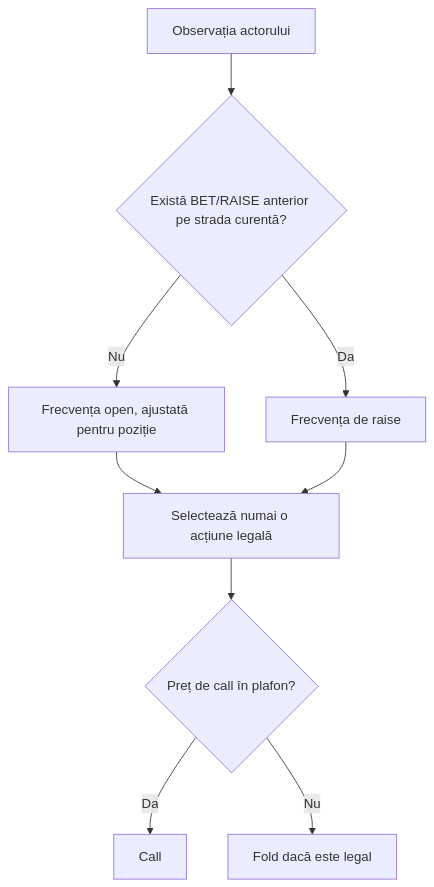
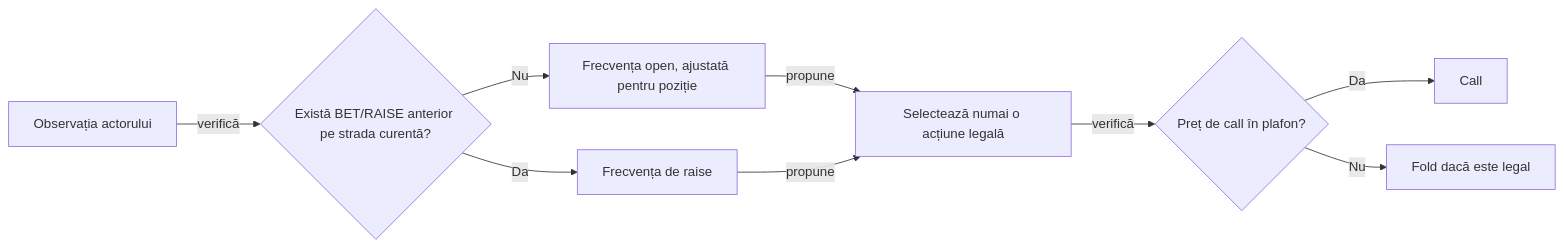
The second of 2 diagrams in docs/requirements/AI_REQUIREMENTS.md (crististefanita/atf_j6), drawn with Mermaid before and after one commit. The commit also changed other lines of this file and 108 other files, not shown here.

````diff
--- a/docs/requirements/AI_REQUIREMENTS.md
+++ b/docs/requirements/AI_REQUIREMENTS.md
@@ -119,11 +137,11 @@
 ```mermaid
-flowchart TD
-    TURN[Observația actorului] --> AGG{Există BET/RAISE anterior pe strada curentă?}
+flowchart LR
+    TURN[Observația actorului] -->|verifică| AGG{Există BET/RAISE anterior pe strada curentă?}
     AGG -->|Nu| OPEN[Frecvența open, ajustată pentru poziție]
     AGG -->|Da| RERAISE[Frecvența de raise]
-    OPEN --> LEGAL[Selectează numai o acțiune legală]
-    RERAISE --> LEGAL
-    LEGAL --> CALL{Preț de call în plafon?}
+    OPEN -->|propune| LEGAL[Selectează numai o acțiune legală]
+    RERAISE -->|propune| LEGAL
+    LEGAL -->|verifică| CALL{Preț de call în plafon?}
     CALL -->|Da| MATCH[Call]
     CALL -->|Nu| FOLD[Fold dacă este legal]
 ```
````
